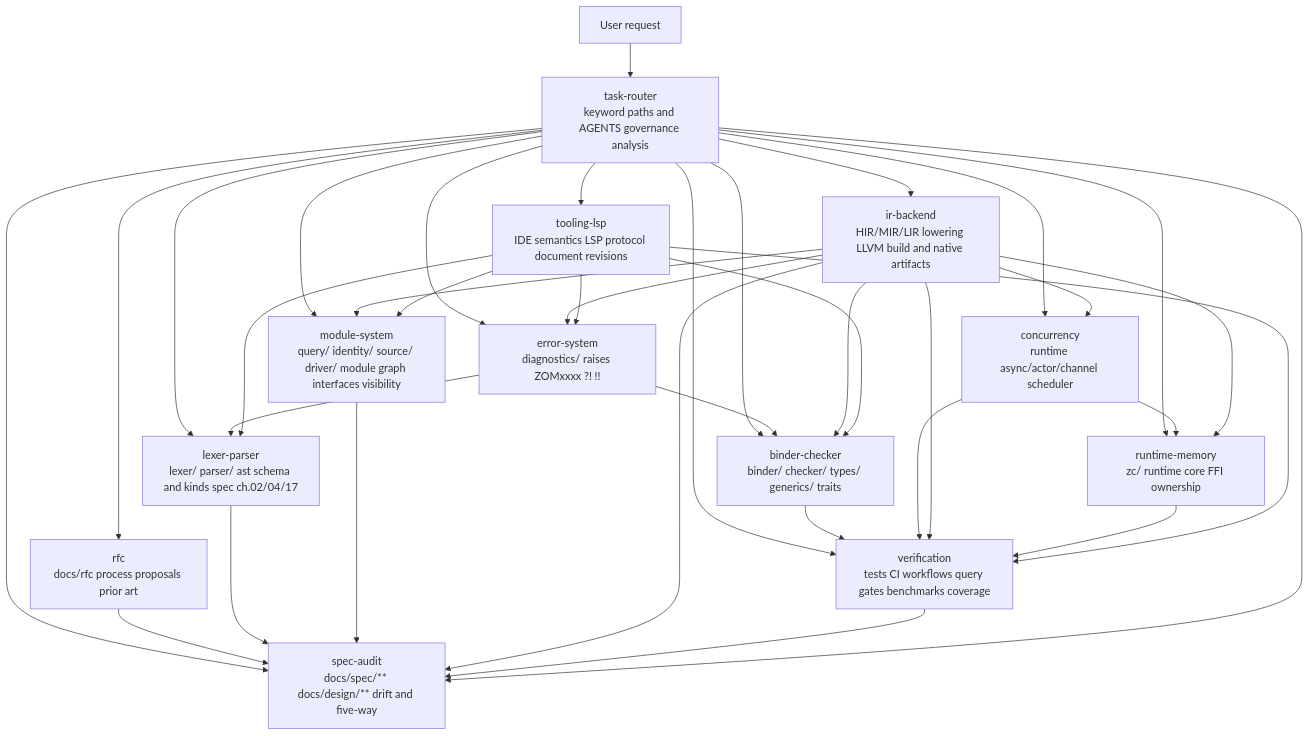
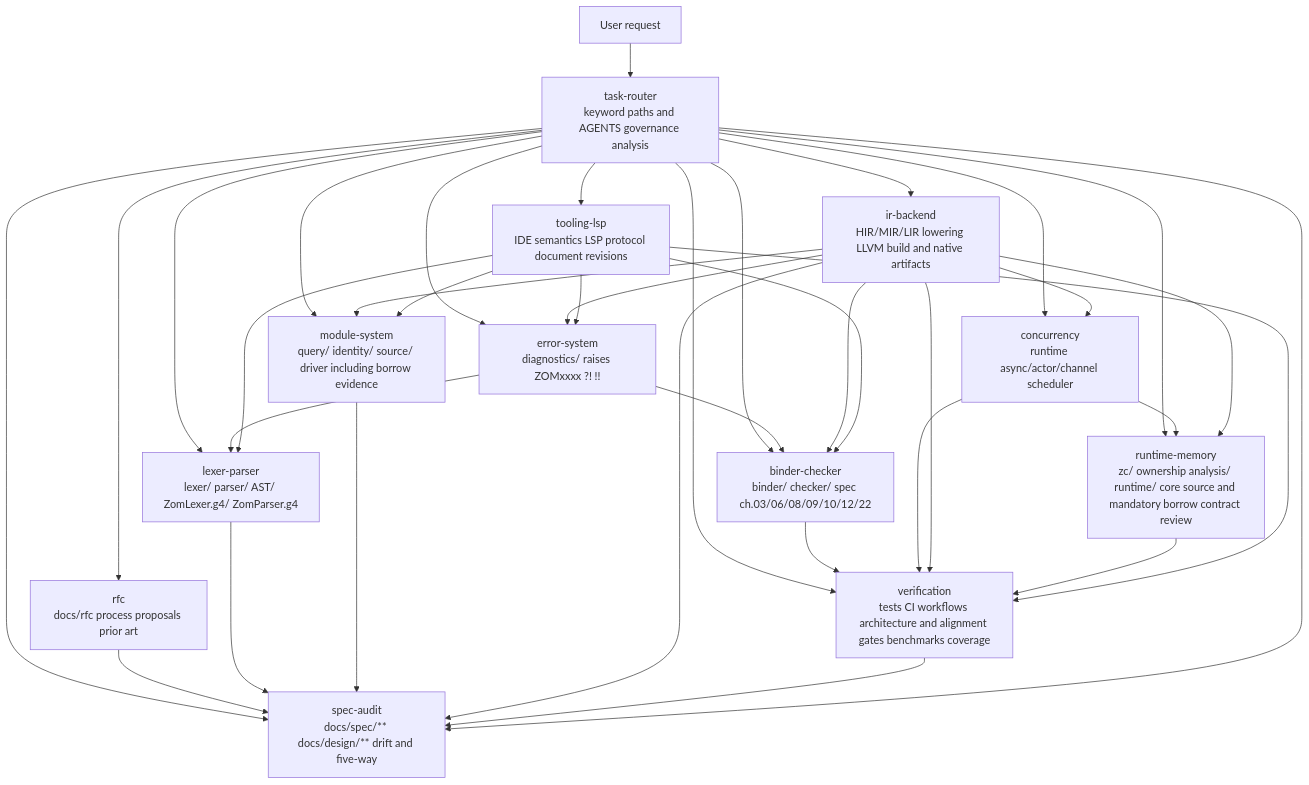
One commit to Zzzode/ZOM changed the diagram in .agents/subagents/README.md. Above: the diagram before and after it, drawn with Mermaid. The commit also changed other lines of this file and 47 other files, not shown here.

Commit message:
docs(rfc): accept binder query materialization closure

````diff
--- a/.agents/subagents/README.md
+++ b/.agents/subagents/README.md
@@ -11,41 +11,41 @@
 ```mermaid
 flowchart TD
     U[User request] --> TR[task-router<br/>keyword paths and AGENTS governance analysis]
 
     TR --> RF[rfc<br/>docs/rfc process proposals prior art]
-    TR --> LP[lexer-parser<br/>lexer/ parser/ ast schema and kinds spec ch.02/04/17]
-    TR --> BC[binder-checker<br/>binder/ checker/ types/ generics/ traits]
-    TR --> MS[module-system<br/>query/ identity/ source/ driver/ module graph interfaces visibility]
+    TR --> LP[lexer-parser<br/>lexer/ parser/ AST/ ZomLexer.g4/ ZomParser.g4]
+    TR --> BC[binder-checker<br/>binder/ checker/ spec ch.03/06/08/09/10/12/22]
+    TR --> MS[module-system<br/>query/ identity/ source/ driver including borrow evidence]
     TR --> ES[error-system<br/>diagnostics/ raises ZOMxxxx ?! !!]
     TR --> CN[concurrency<br/>runtime async/actor/channel scheduler]
     TR --> IB[ir-backend<br/>HIR/MIR/LIR lowering LLVM build and native artifacts]
     TR --> SA[spec-audit<br/>docs/spec/** docs/design/** drift and five-way]
-    TR --> RM[runtime-memory<br/>zc/ runtime core FFI ownership]
-    TR --> VR[verification<br/>tests CI workflows query gates benchmarks coverage]
+    TR --> RM[runtime-memory<br/>zc/ ownership analysis/ runtime/ core source and mandatory borrow contract review]
+    TR --> VR[verification<br/>tests CI workflows architecture and alignment gates benchmarks coverage]
     TR --> TL[tooling-lsp<br/>IDE semantics LSP protocol document revisions]
 
     %% Escalation edges
     RF --> SA
     LP --> SA
     BC --> VR
     MS --> SA
     ES --> LP
     ES --> BC
     CN --> RM
     CN --> VR
     IB --> BC
     IB --> MS
     IB --> ES
     IB --> CN
     IB --> RM
     IB --> VR
     IB --> SA
     RM --> VR
     TL --> LP
     TL --> BC
     TL --> MS
     TL --> ES
     TL --> VR
     VR --> SA
     TR --> SA
 ```
````
